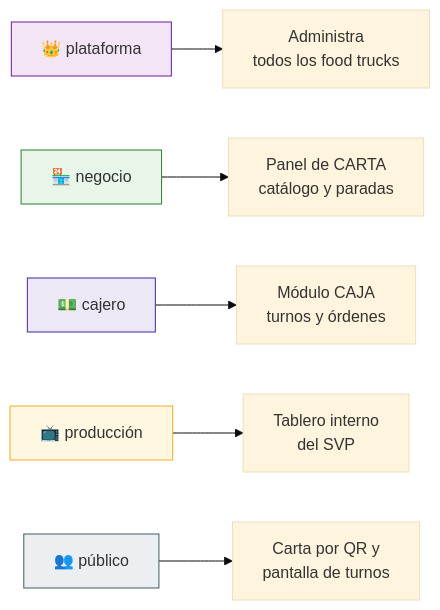
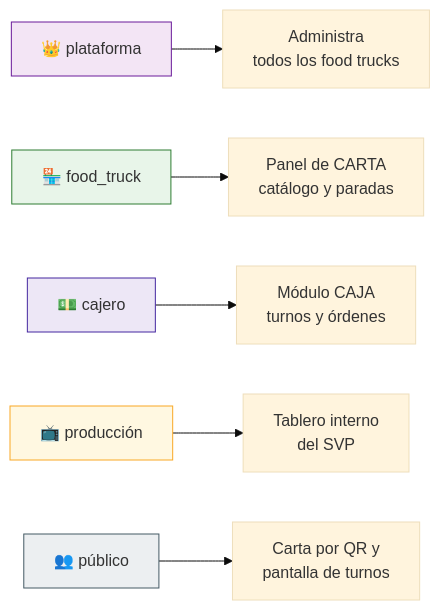
One commit to Lain-Ramirez/Menu08 changed the sixth of 7 diagrams in README.md. Above: the diagram before and after it, drawn with Mermaid (base theme). The commit also changed other lines of this file and 31 other files, not shown here.

````diff
--- a/README.md
+++ b/README.md
@@ -288,14 +301,14 @@
 ```mermaid
 flowchart LR
     P["👑 plataforma"] --> T1["Administra<br/>todos los food trucks"]
-    N["🏪 negocio"] --> T2["Panel de CARTA<br/>catálogo y paradas"]
+    N["🏪 food_truck"] --> T2["Panel de CARTA<br/>catálogo y paradas"]
     K["💵 cajero"] --> T3["Módulo CAJA<br/>turnos y órdenes"]
     R["📺 producción"] --> T4["Tablero interno<br/>del SVP"]
     PUB["👥 público"] --> T5["Carta por QR y<br/>pantalla de turnos"]
 
     style P fill:#f3e5f5,stroke:#6a1b9a
     style N fill:#e8f5e9,stroke:#2e7d32
     style K fill:#ede7f6,stroke:#4527a0
     style R fill:#fff8e1,stroke:#f9a825
     style PUB fill:#eceff1,stroke:#455a64
 ```
````
